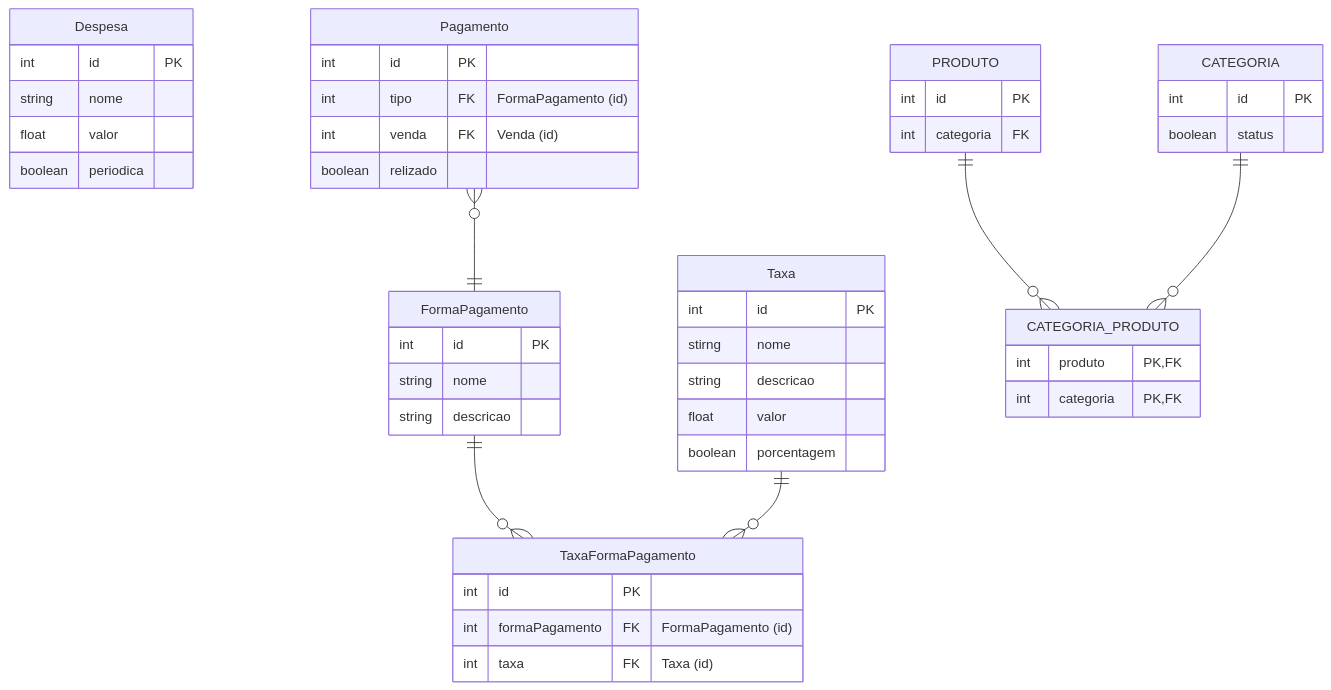
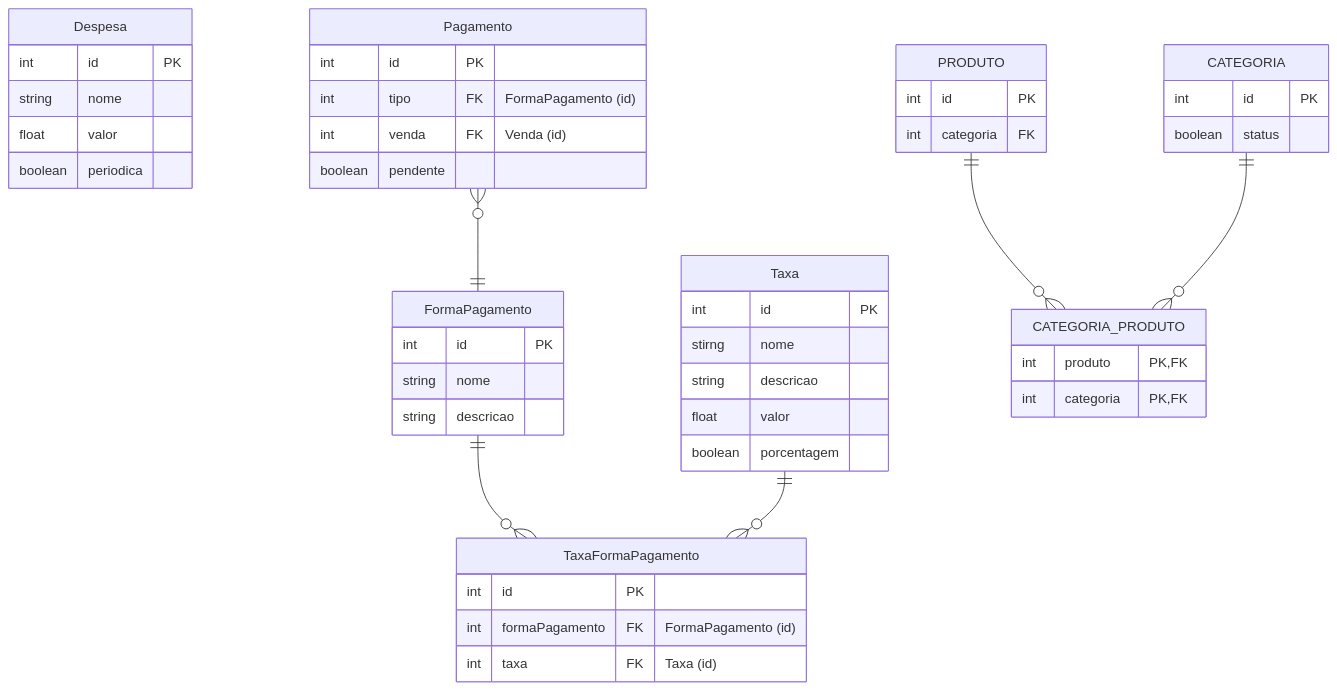
One commit to Control-Cash/controlcash changed the diagram in docs/documento-de-modelos.md. Above: the diagram before and after it, drawn with Mermaid.

Commit message:
Renomeia atributo "realizado" para "pendente" #32

````diff
--- a/docs/documento-de-modelos.md
+++ b/docs/documento-de-modelos.md
@@ -5,64 +5,64 @@
 ```mermaid
 erDiagram
   %% tabelas
   Despesa {
     int id PK
     string nome
     float valor
     boolean periodica
   }
 
   Pagamento {
     int id PK
     int tipo FK "FormaPagamento (id)"
     int venda FK "Venda (id)"
-    boolean relizado
+    boolean pendente
   }
 
   FormaPagamento {
     int id PK
     string nome
     string descricao
   }
 
   TaxaFormaPagamento {
     int id PK
     int formaPagamento FK "FormaPagamento (id)"
     int taxa FK "Taxa (id)"
   }
 
   Taxa {
     int id PK
     stirng nome
     string descricao
     float valor
     boolean porcentagem
   }
 
   %% conexões
   Pagamento }o--|| FormaPagamento : ""
   FormaPagamento ||--o{ TaxaFormaPagamento : ""
   Taxa ||--o{ TaxaFormaPagamento : ""
 
 
 
   %% daqui para baixo são só exemplos, a pessoa que vai implementar essas
   %% tabelas pode excluir essas linhas para implementar sua própria versão
   PRODUTO {
     int id PK
     int categoria FK
   }
 
   CATEGORIA_PRODUTO {
     int produto PK, FK
     int categoria PK, FK
   }
 
   CATEGORIA {
     int id PK
     boolean status
   }
 
   PRODUTO ||--o{ CATEGORIA_PRODUTO : ""
   CATEGORIA ||--o{ CATEGORIA_PRODUTO : ""
 ```
````
